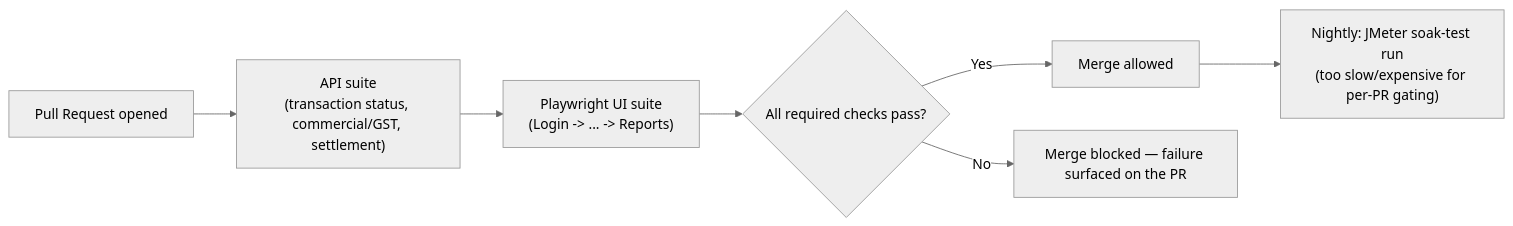
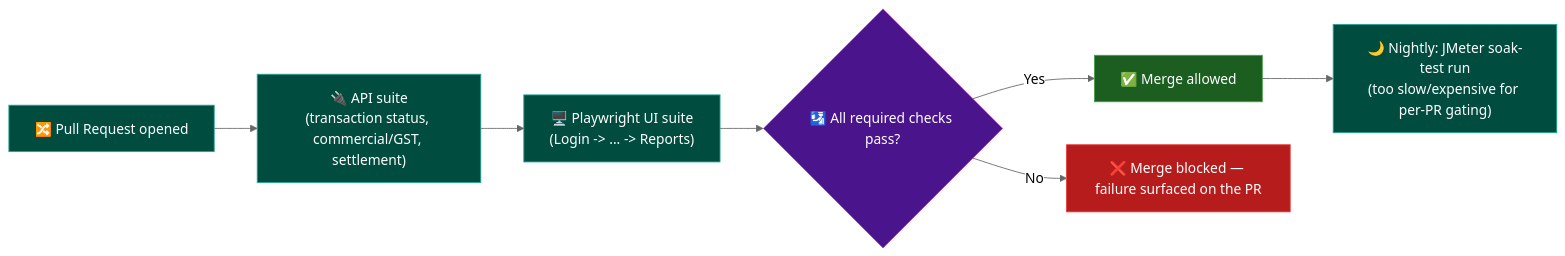
One commit to ghanendra-sdet/fintech-collection-engine changed the second of 2 diagrams in docs/tech-and-skills.md. Above: the diagram before and after it, drawn with Mermaid (neutral theme). The commit also changed other lines of this file, not shown here.

Commit message:
docs: enhance pipeline diagrams and correct test case count

````diff
--- a/docs/tech-and-skills.md
+++ b/docs/tech-and-skills.md
@@ -64,9 +69,18 @@
 ```mermaid
 flowchart LR
-    PR["Pull Request opened"] --> API["API suite<br/>(transaction status, commercial/GST, settlement)"]
-    API --> UI["Playwright UI suite<br/>(Login -> ... -> Reports)"]
-    UI --> Gate{"All required checks pass?"}
-    Gate -->|Yes| Merge["Merge allowed"]
-    Gate -->|No| Block["Merge blocked — failure surfaced on the PR"]
-    Merge --> Nightly["Nightly: JMeter soak-test run<br/>(too slow/expensive for per-PR gating)"]
+    PR["🔀 Pull Request opened"] --> API["🔌 API suite<br/>(transaction status, commercial/GST, settlement)"]
+    API --> UI["🖥️ Playwright UI suite<br/>(Login -> ... -> Reports)"]
+    UI --> Gate{"🛂 All required checks pass?"}
+    Gate -->|Yes| Merge["✅ Merge allowed"]
+    Gate -->|No| Block["❌ Merge blocked — failure surfaced on the PR"]
+    Merge --> Nightly["🌙 Nightly: JMeter soak-test run<br/>(too slow/expensive for per-PR gating)"]
+
+    classDef service fill:#004d40,stroke:#26a69a,color:#fff
+    classDef gate fill:#4a148c,stroke:#ab47bc,color:#fff
+    classDef good fill:#1b5e20,stroke:#43a047,color:#fff
+    classDef bad fill:#b71c1c,stroke:#e53935,color:#fff
+    class PR,API,UI,Nightly service
+    class Gate gate
+    class Merge good
+    class Block bad
 ```
````
